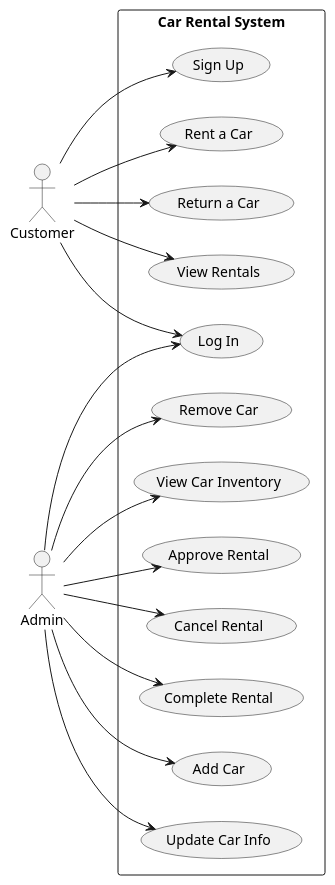
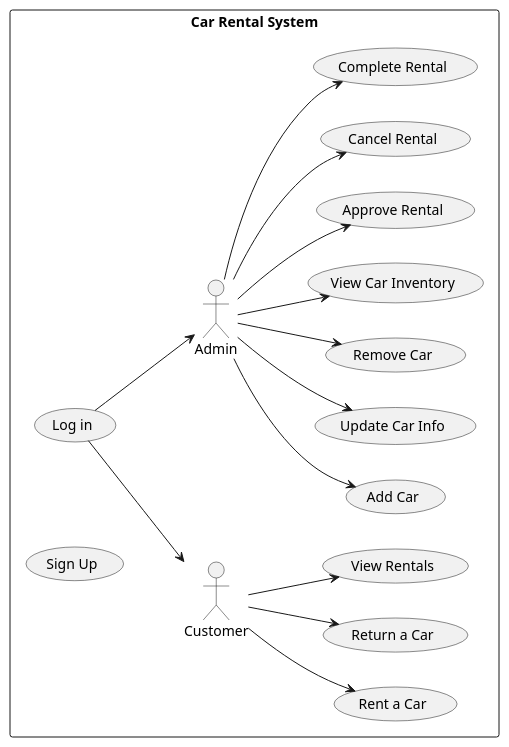
The diagram in CarRentalService/UseCaseUML.wsd (EdiBulb/CarRentalService), drawn with PlantUML before and after one commit. The commit also changed 3 other files, not shown here.

```diff
--- a/CarRentalService/UseCaseUML.wsd
+++ b/CarRentalService/UseCaseUML.wsd
@@ -1,33 +1,37 @@
 @startuml
 left to right direction
-actor Customer
-actor Admin
+
+
+
 rectangle "Car Rental System" {
+  actor Customer
+  actor Admin
+
+  usecase "Log in" as UC2
   usecase "Sign Up" as UC1
-  usecase "Log In" as UC2
   usecase "Rent a Car" as UC3
   usecase "Return a Car" as UC4
   usecase "View Rentals" as UC5
   usecase "Add Car" as UC6
   usecase "Update Car Info" as UC7
   usecase "Remove Car" as UC8
   usecase "View Car Inventory" as UC9
   usecase "Approve Rental" as UC10
   usecase "Cancel Rental" as UC11
   usecase "Complete Rental" as UC12
 
-  Customer --> UC1
-  Customer --> UC2
+  UC2 --> Customer
+  UC2 --> Admin
   Customer --> UC3
   Customer --> UC4
   Customer --> UC5
-  Admin --> UC2
+
   Admin --> UC6
   Admin --> UC7
   Admin --> UC8
   Admin --> UC9
   Admin --> UC10
   Admin --> UC11
   Admin --> UC12
 }
 @enduml
```
